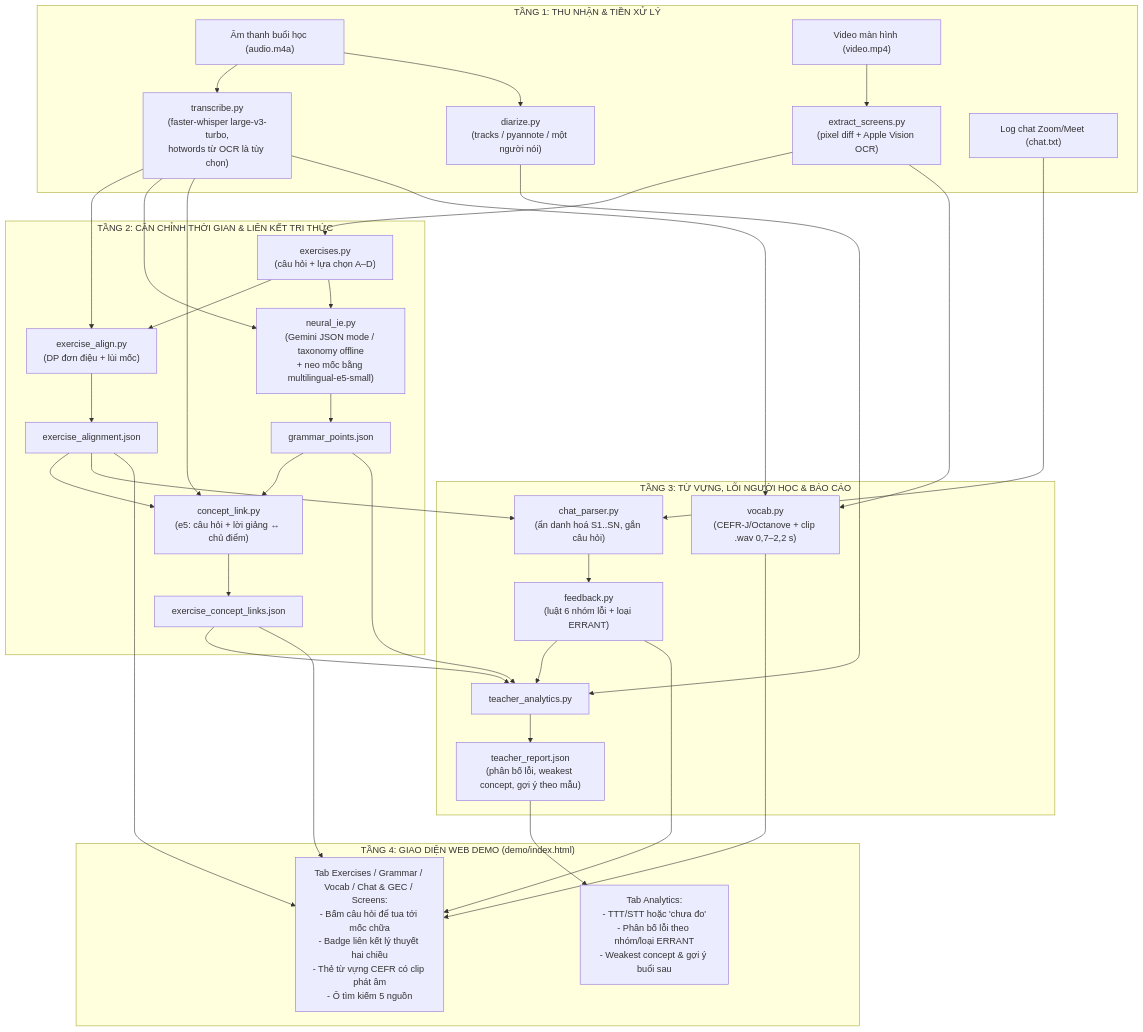
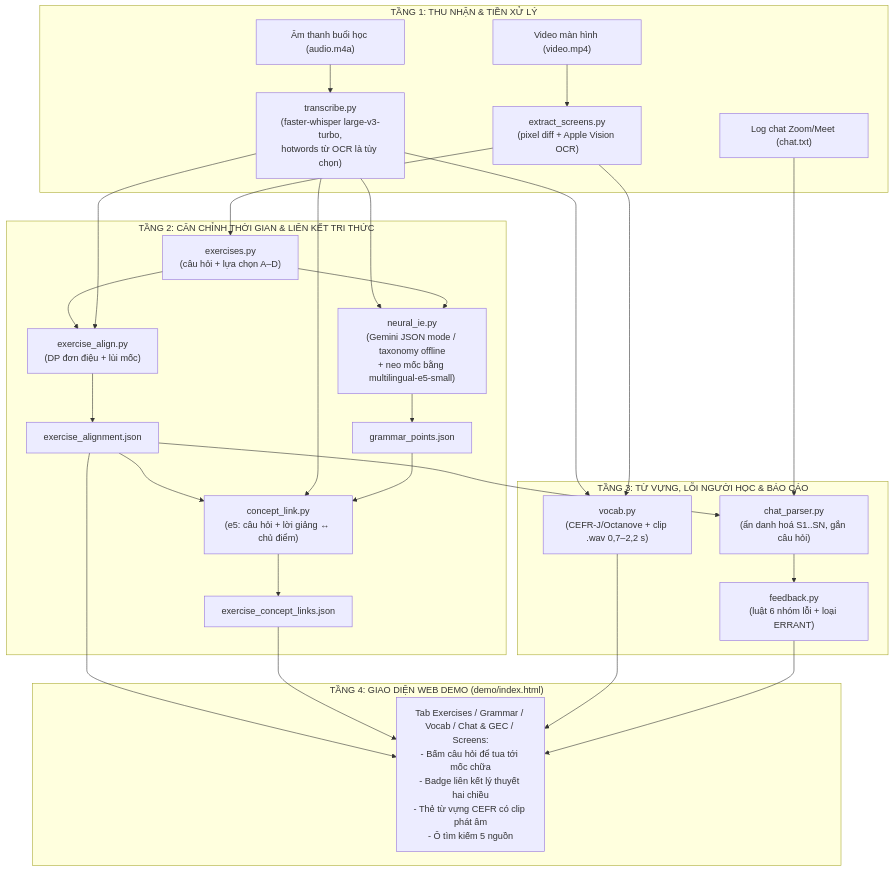
Before and after one commit to CelesEclipse/NLP501_edusync_mvp: the first of 2 diagrams in docs/04_detailed_design_and_qa_plan.md, drawn with Mermaid. The commit also changed other lines of this file and 50 other files, not shown here.

````diff
--- a/docs/04_detailed_design_and_qa_plan.md
+++ b/docs/04_detailed_design_and_qa_plan.md
@@ -25,44 +25,37 @@
 ```mermaid
 flowchart TD
     subgraph Layer1["TẦNG 1: THU NHẬN & TIỀN XỬ LÝ"]
         AudioIn["Âm thanh buổi học (audio.m4a)"] --> Transcribe["transcribe.py<br>(faster-whisper large-v3-turbo,<br>hotwords từ OCR là tùy chọn)"]
         VideoIn["Video màn hình (video.mp4)"] --> OCR["extract_screens.py<br>(pixel diff + Apple Vision OCR)"]
-        AudioIn --> DiarizeEngine["diarize.py<br>(tracks / pyannote / một người nói)"]
         ChatIn["Log chat Zoom/Meet (chat.txt)"]
     end
 
     subgraph Layer2["TẦNG 2: CĂN CHỈNH THỜI GIAN & LIÊN KẾT TRI THỨC"]
         OCR --> Exercises["exercises.py<br>(câu hỏi + lựa chọn A–D)"]
         Exercises --> Alignment["exercise_align.py<br>(DP đơn điệu + lùi mốc)"]
         Transcribe --> Alignment
         Alignment --> AlignJSON["exercise_alignment.json"]
         Transcribe --> NeuralIE["neural_ie.py<br>(Gemini JSON mode / taxonomy offline<br>+ neo mốc bằng multilingual-e5-small)"]
         Exercises --> NeuralIE
         NeuralIE --> GrammarJSON["grammar_points.json"]
         AlignJSON --> ConceptLinking["concept_link.py<br>(e5: câu hỏi + lời giảng ↔ chủ điểm)"]
         Transcribe --> ConceptLinking
         GrammarJSON --> ConceptLinking
         ConceptLinking --> ConceptLinksJSON["exercise_concept_links.json"]
     end
 
     subgraph Layer3["TẦNG 3: TỪ VỰNG, LỖI NGƯỜI HỌC & BÁO CÁO"]
         Transcribe --> VocabEngine["vocab.py<br>(CEFR-J/Octanove + clip .wav 0,7–2,2 s)"]
         OCR --> VocabEngine
         ChatIn --> ChatParser["chat_parser.py<br>(ẩn danh hoá S1..SN, gắn câu hỏi)"]
         AlignJSON --> ChatParser
         ChatParser --> GECEngine["feedback.py<br>(luật 6 nhóm lỗi + loại ERRANT)"]
-        GECEngine --> TeacherAnalytics["teacher_analytics.py"]
-        DiarizeEngine --> TeacherAnalytics
-        ConceptLinksJSON --> TeacherAnalytics
-        GrammarJSON --> TeacherAnalytics
-        TeacherAnalytics --> TeacherReportJSON["teacher_report.json<br>(phân bố lỗi, weakest concept, gợi ý theo mẫu)"]
     end
 
     subgraph Layer4["TẦNG 4: GIAO DIỆN WEB DEMO (demo/index.html)"]
         AlignJSON --> UI_Student["Tab Exercises / Grammar / Vocab / Chat & GEC / Screens:<br>- Bấm câu hỏi để tua tới mốc chữa<br>- Badge liên kết lý thuyết hai chiều<br>- Thẻ từ vựng CEFR có clip phát âm<br>- Ô tìm kiếm 5 nguồn"]
         ConceptLinksJSON --> UI_Student
         VocabEngine --> UI_Student
         GECEngine --> UI_Student
-        TeacherReportJSON --> UI_Teacher["Tab Analytics:<br>- TTT/STT hoặc 'chưa đo'<br>- Phân bố lỗi theo nhóm/loại ERRANT<br>- Weakest concept & gợi ý buổi sau"]
     end
 ```
````
